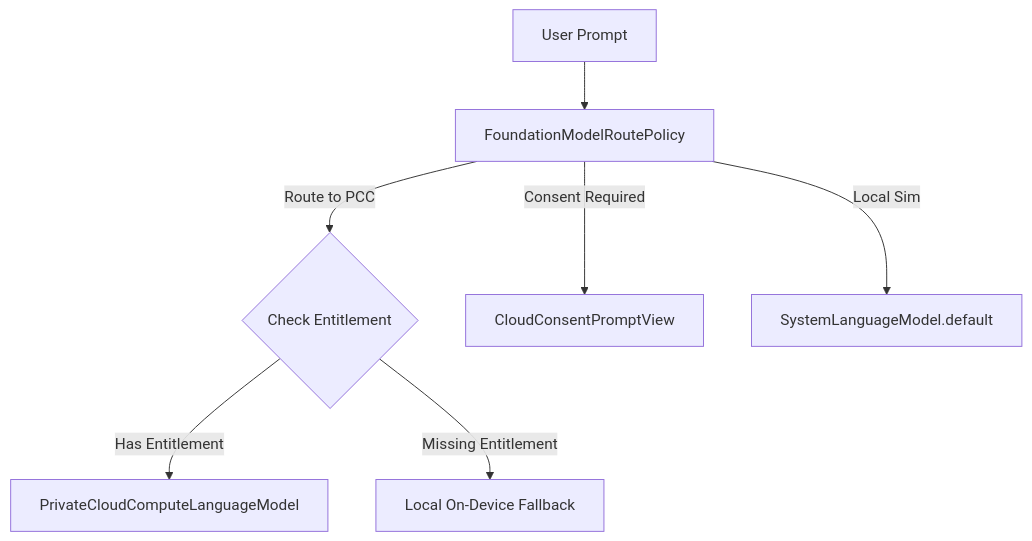
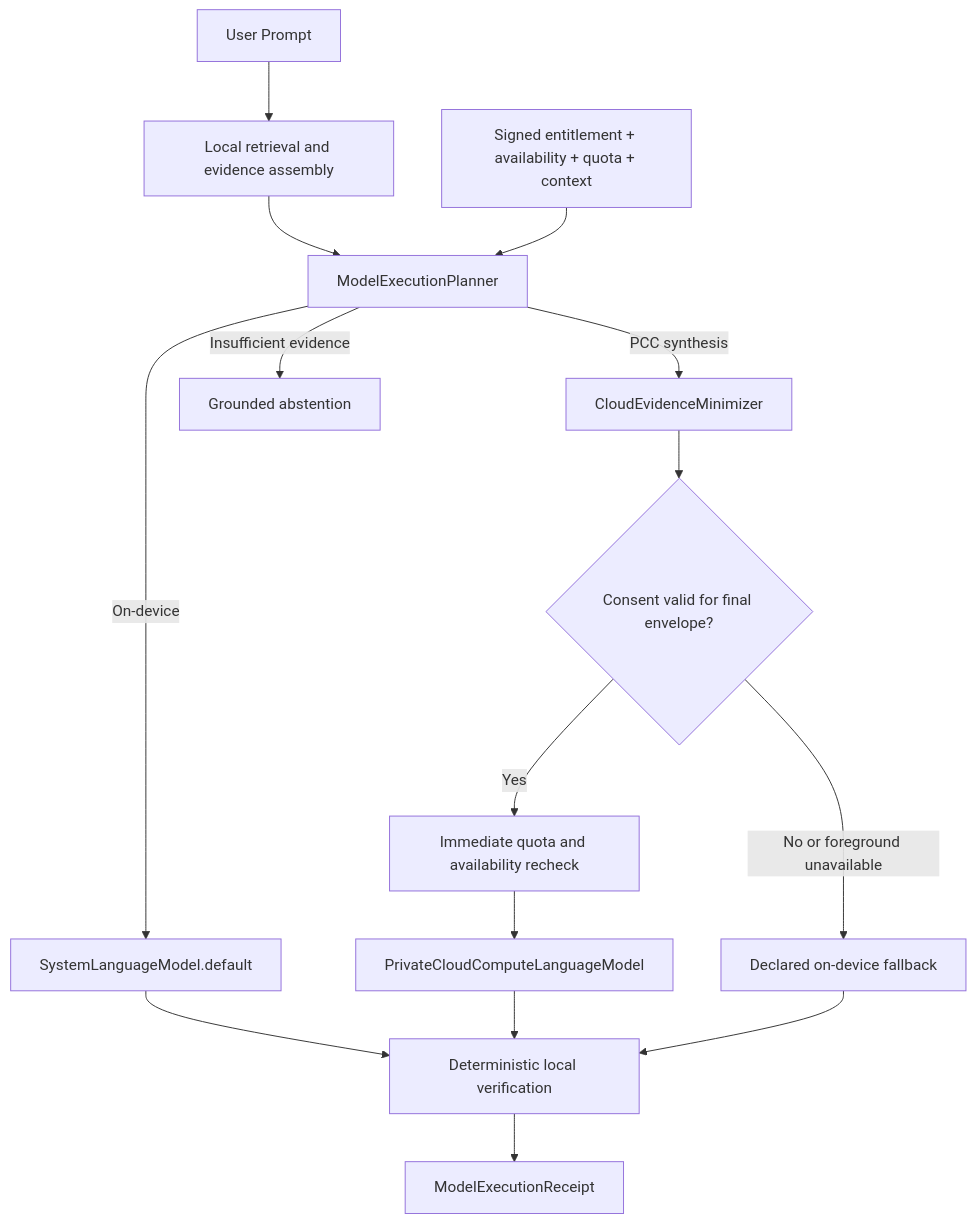
The sixth of 7 diagrams in Docs/OPENINTELLIGENCE_ARCHITECTURE_ATLAS.md (Gunnarguy/OpenIntelligence), drawn with Mermaid before and after one commit. The commit also changed other lines of this file and 36 other files, not shown here.

Commit message:
feat(orchestration): implement evidence-informed PCC routing

````diff
--- a/Docs/OPENINTELLIGENCE_ARCHITECTURE_ATLAS.md
+++ b/Docs/OPENINTELLIGENCE_ARCHITECTURE_ATLAS.md
@@ -180,9 +180,17 @@
 ```mermaid
 graph TD
-  Request[User Prompt] --> Policy[FoundationModelRoutePolicy]
-  Policy -->|Route to PCC| Entitlement{Check Entitlement}
-  Entitlement -->|Has Entitlement| PCC[PrivateCloudComputeLanguageModel]
-  Entitlement -->|Missing Entitlement| LocalFallback[Local On-Device Fallback]
-  Policy -->|Consent Required| Consent[CloudConsentPromptView]
-  Policy -->|Local Sim| LLM[SystemLanguageModel.default]
+  Request[User Prompt] --> LocalRetrieve[Local retrieval and evidence assembly]
+  LocalRetrieve --> Planner[ModelExecutionPlanner]
+  Capability[Signed entitlement + availability + quota + context] --> Planner
+  Planner -->|On-device| Local[SystemLanguageModel.default]
+  Planner -->|Insufficient evidence| Abstain[Grounded abstention]
+  Planner -->|PCC synthesis| Minimize[CloudEvidenceMinimizer]
+  Minimize --> Consent{Consent valid for final envelope?}
+  Consent -->|Yes| Recheck[Immediate quota and availability recheck]
+  Recheck --> PCC[PrivateCloudComputeLanguageModel]
+  Consent -->|No or foreground unavailable| LocalFallback[Declared on-device fallback]
+  PCC --> Verify[Deterministic local verification]
+  Local --> Verify
+  LocalFallback --> Verify
+  Verify --> Receipt[ModelExecutionReceipt]
 ```
````
